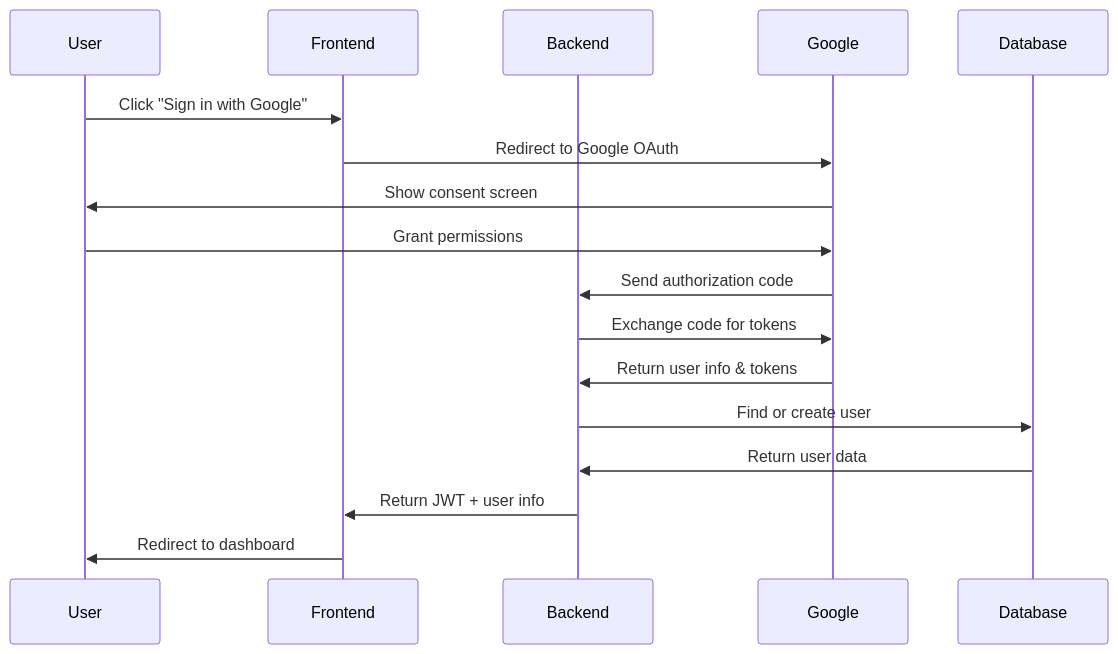
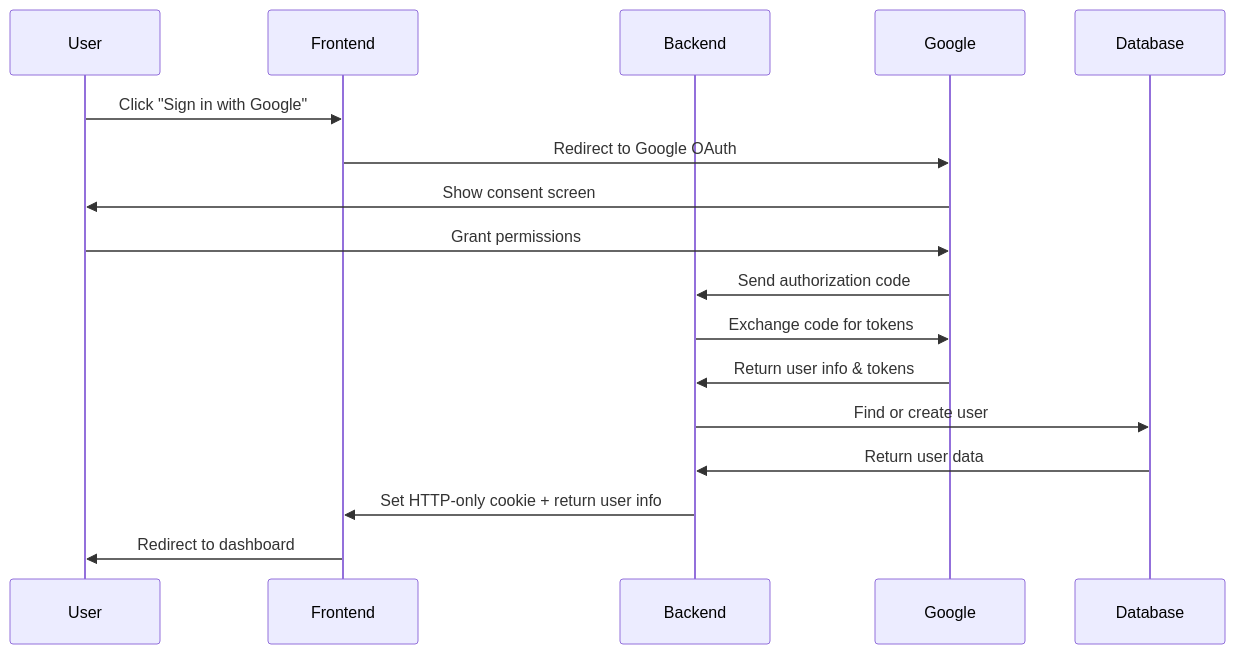
The diagram in readme.md (so-sc/EarnEasy), drawn with Mermaid before and after one commit. The commit also changed other lines of this file, not shown here.

````diff
--- a/readme.md
+++ b/readme.md
@@ -284,20 +284,20 @@
 ```mermaid
 sequenceDiagram
     participant User
     participant Frontend
     participant Backend
     participant Google
     participant Database
 
     User->>Frontend: Click "Sign in with Google"
     Frontend->>Google: Redirect to Google OAuth
     Google->>User: Show consent screen
     User->>Google: Grant permissions
     Google->>Backend: Send authorization code
     Backend->>Google: Exchange code for tokens
     Google->>Backend: Return user info & tokens
     Backend->>Database: Find or create user
     Database->>Backend: Return user data
-    Backend->>Frontend: Return JWT + user info
+    Backend->>Frontend: Set HTTP-only cookie + return user info
     Frontend->>User: Redirect to dashboard
 ```
````
